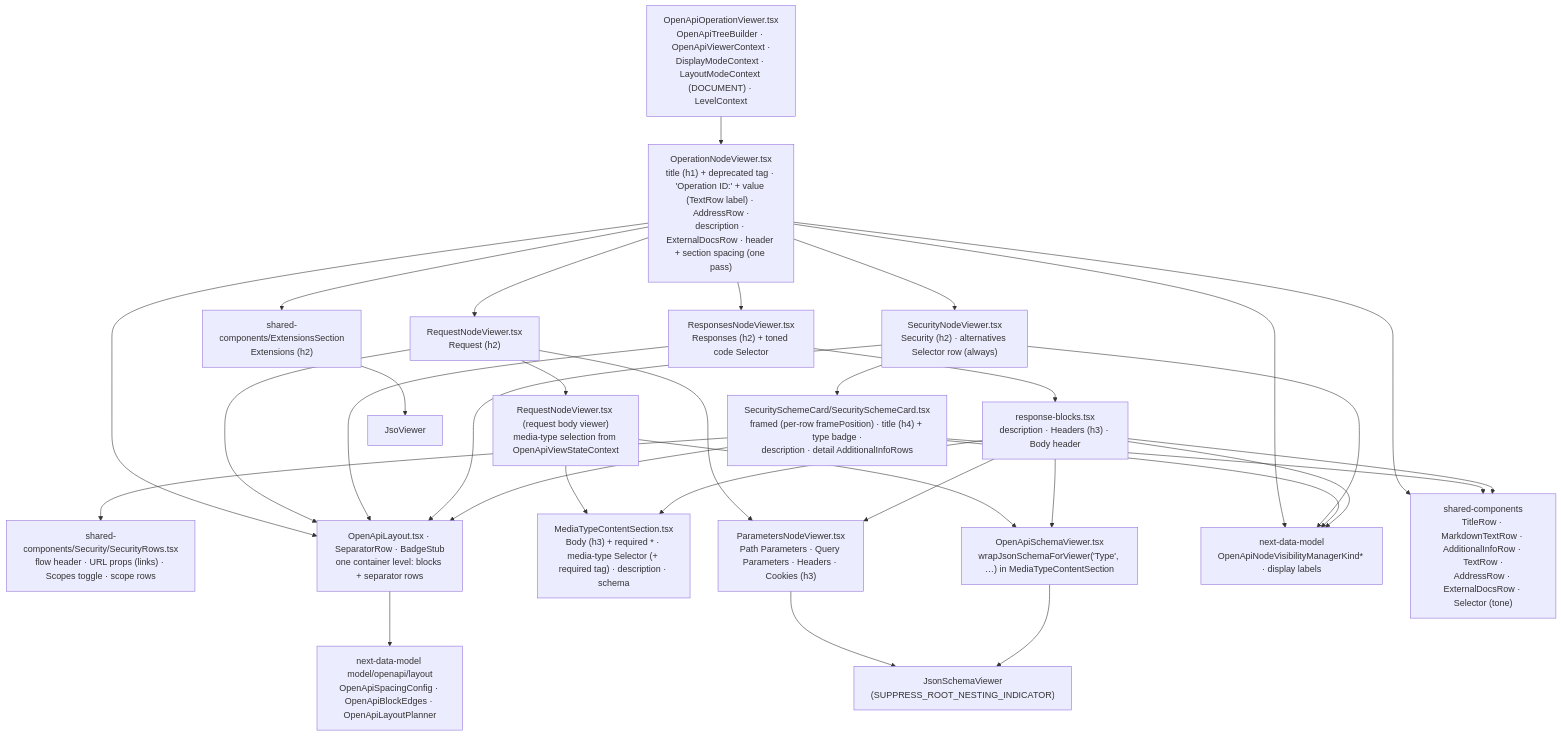
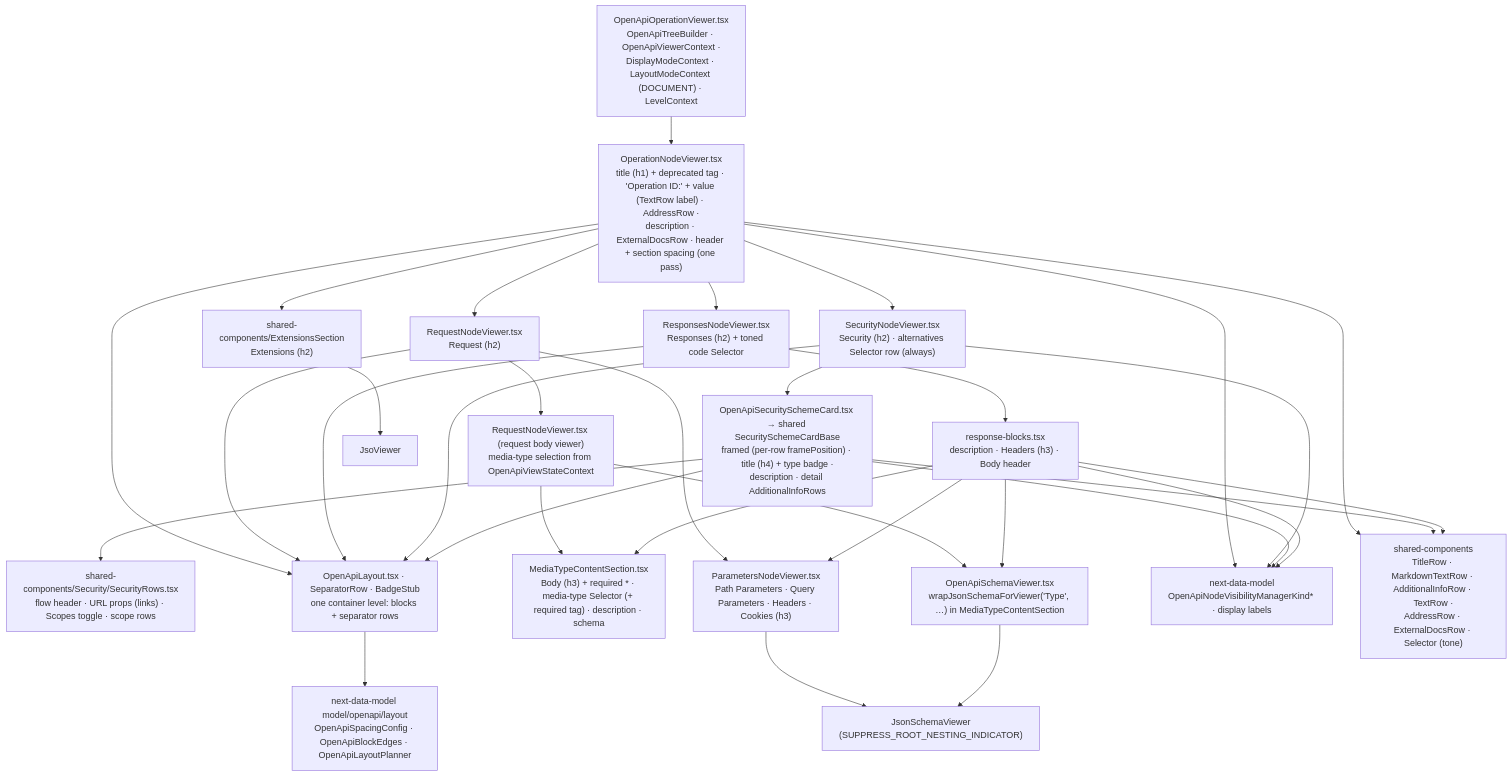
Before and after one commit to Netcracker/qubership-apihub-api-doc-viewer: the diagram in docs/design/openapi/architecture/viewer-plain.md, drawn with Mermaid. The commit also changed 193 other files, not shown here.

Commit message:
feat: `Security` section for `AsyncAPI`

````diff
--- a/docs/design/openapi/architecture/viewer-plain.md
+++ b/docs/design/openapi/architecture/viewer-plain.md
@@ -8,54 +8,54 @@
 ```mermaid
 flowchart TB
   Root["OpenApiOperationViewer.tsx<br/>OpenApiTreeBuilder · OpenApiViewerContext ·<br/>DisplayModeContext · LayoutModeContext (DOCUMENT) · LevelContext"]
   Operation["OperationNodeViewer.tsx<br/>title (h1) + deprecated tag · 'Operation ID:' + value (TextRow label) · AddressRow ·<br/>description · ExternalDocsRow · header + section spacing (one pass)"]
   Security["SecurityNodeViewer.tsx<br/>Security (h2) · alternatives Selector row (always)"]
-  Card["SecuritySchemeCard/SecuritySchemeCard.tsx<br/>framed (per-row framePosition) · title (h4) + type badge ·<br/>description · detail AdditionalInfoRows"]
+  Card["OpenApiSecuritySchemeCard.tsx → shared SecuritySchemeCardBase<br/>framed (per-row framePosition) · title (h4) + type badge ·<br/>description · detail AdditionalInfoRows"]
   Flow["shared-components/Security/SecurityRows.tsx<br/>flow header · URL props (links) · Scopes toggle · scope rows"]
   Extensions["shared-components/ExtensionsSection<br/>Extensions (h2)"]
   Request["RequestNodeViewer.tsx<br/>Request (h2)"]
   Params["ParametersNodeViewer.tsx<br/>Path Parameters · Query Parameters · Headers · Cookies (h3)"]
   Body["RequestNodeViewer.tsx (request body viewer)<br/>media-type selection from OpenApiViewStateContext"]
   BodyHeader["MediaTypeContentSection.tsx<br/>Body (h3) + required * · media-type Selector (+ required tag) · description · schema"]
   Responses["ResponsesNodeViewer.tsx<br/>Responses (h2) + toned code Selector"]
   Response["response-blocks.tsx<br/>description · Headers (h3) · Body header"]
   MediaSchema["OpenApiSchemaViewer.tsx<br/>wrapJsonSchemaForViewer('Type', …) in MediaTypeContentSection"]
   Layout["OpenApiLayout.tsx · SeparatorRow · BadgeStub<br/>one container level: blocks + separator rows"]
   LayoutData["next-data-model model/openapi/layout<br/>OpenApiSpacingConfig · OpenApiBlockEdges · OpenApiLayoutPlanner"]
   Visibility["next-data-model<br/>OpenApiNodeVisibilityManagerKind* · display labels"]
   JsonSchema["JsonSchemaViewer<br/>(SUPPRESS_ROOT_NESTING_INDICATOR)"]
   Jso["JsoViewer"]
   SharedRows["shared-components<br/>TitleRow · MarkdownTextRow · AdditionalInfoRow · TextRow ·<br/>AddressRow · ExternalDocsRow · Selector (tone)"]
 
   Root --> Operation
   Operation --> Security
   Operation --> Extensions
   Operation --> Request
   Operation --> Responses
   Security --> Card
   Card --> Flow
   Request --> Params
   Request --> Body
   Body --> BodyHeader
   Body --> MediaSchema
   Responses --> Response
   Response --> Params
   Response --> BodyHeader
   Response --> MediaSchema
   Params --> JsonSchema
   MediaSchema --> JsonSchema
   Extensions --> Jso
   Operation --> Visibility
   Security --> Visibility
   Card --> Visibility
   Response --> Visibility
   Operation --> SharedRows
   Card --> SharedRows
   Response --> SharedRows
   Operation --> Layout
   Request --> Layout
   Responses --> Layout
   Security --> Layout
   Card --> Layout
   Layout --> LayoutData
 ```
````
